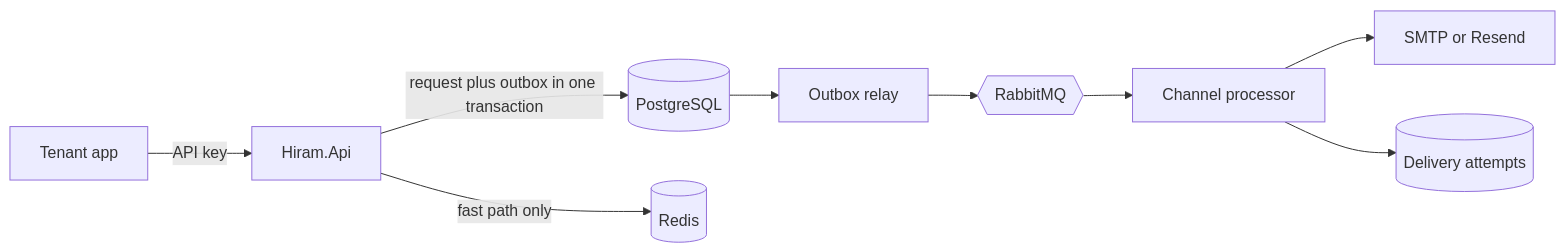
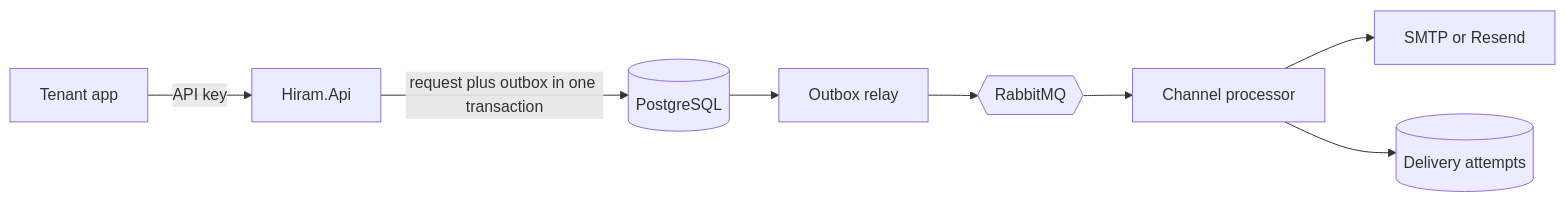
Before and after one commit to michel-az-de/hiram: the diagram in README.md, drawn with Mermaid. The commit also changed other lines of this file and 40 other files, not shown here.

````diff
--- a/README.md
+++ b/README.md
@@ -49,11 +48,10 @@
 ```mermaid
 flowchart LR
   client[Tenant app] -->|API key| api[Hiram.Api]
   api -->|request plus outbox in one transaction| pg[(PostgreSQL)]
-  api -->|fast path only| redis[(Redis)]
   pg --> relay[Outbox relay]
   relay --> mq{{RabbitMQ}}
   mq --> dispatcher[Channel processor]
   dispatcher --> provider[SMTP or Resend]
   dispatcher --> attempts[(Delivery attempts)]
 ```
````
